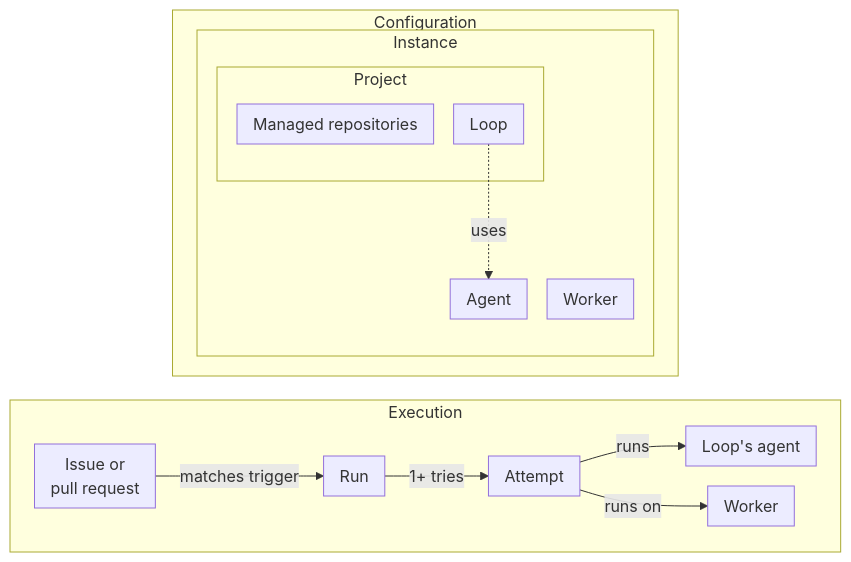
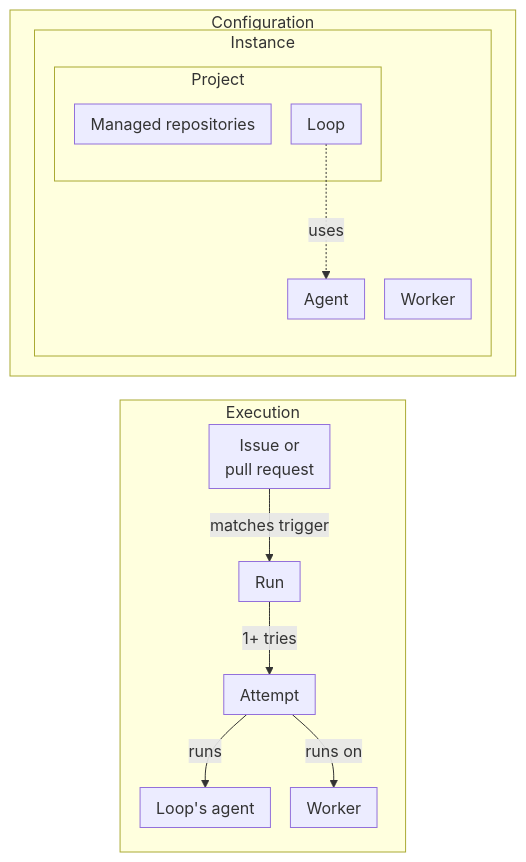
The diagram in apps/docs/src/content/docs/get-started/concepts.md (basaltbytes/usine), drawn with Mermaid before and after one commit. The commit also changed 8 other files, not shown here.

Commit message:
fix(docs): render Mermaid fences to SVG with Pele

````diff
--- a/apps/docs/src/content/docs/get-started/concepts.md
+++ b/apps/docs/src/content/docs/get-started/concepts.md
@@ -8,34 +8,34 @@
 ```mermaid
 ---
 config:
   flowchart:
     nodeSpacing: 20
     rankSpacing: 24
     padding: 8
 ---
 flowchart TB
   accTitle: Configuration and execution
   accDescr: An instance contains projects, agents, and workers. A project contains managed repositories and loops. A loop uses an agent. An issue or pull request matching the loop's trigger starts a run with one or more attempts. Each attempt runs the loop's agent on a worker.
 
   subgraph configuration[Configuration]
     subgraph instance[Instance]
       subgraph project[Project]
         repos[Managed repositories]
         loop[Loop]
       end
       agent[Agent]
       worker[Worker]
       loop -. uses .-> agent
     end
   end
 
   subgraph execution[Execution]
-    direction LR
+    direction TB
     item["Issue or<br/>pull request"] -->|matches trigger| run[Run]
     run -->|1+ tries| attempt[Attempt]
     attempt -->|runs| usedAgent["Loop's agent"]
     attempt -->|runs on| usedWorker[Worker]
   end
 
   configuration ~~~ execution
 ```
````
